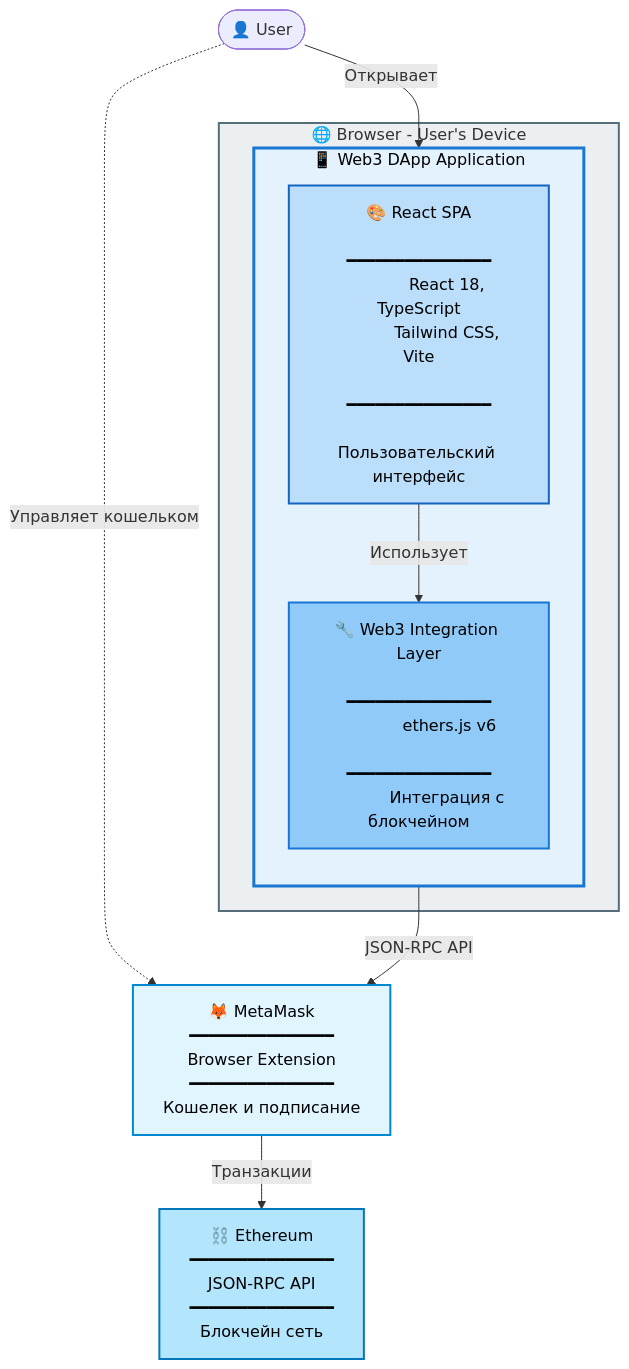
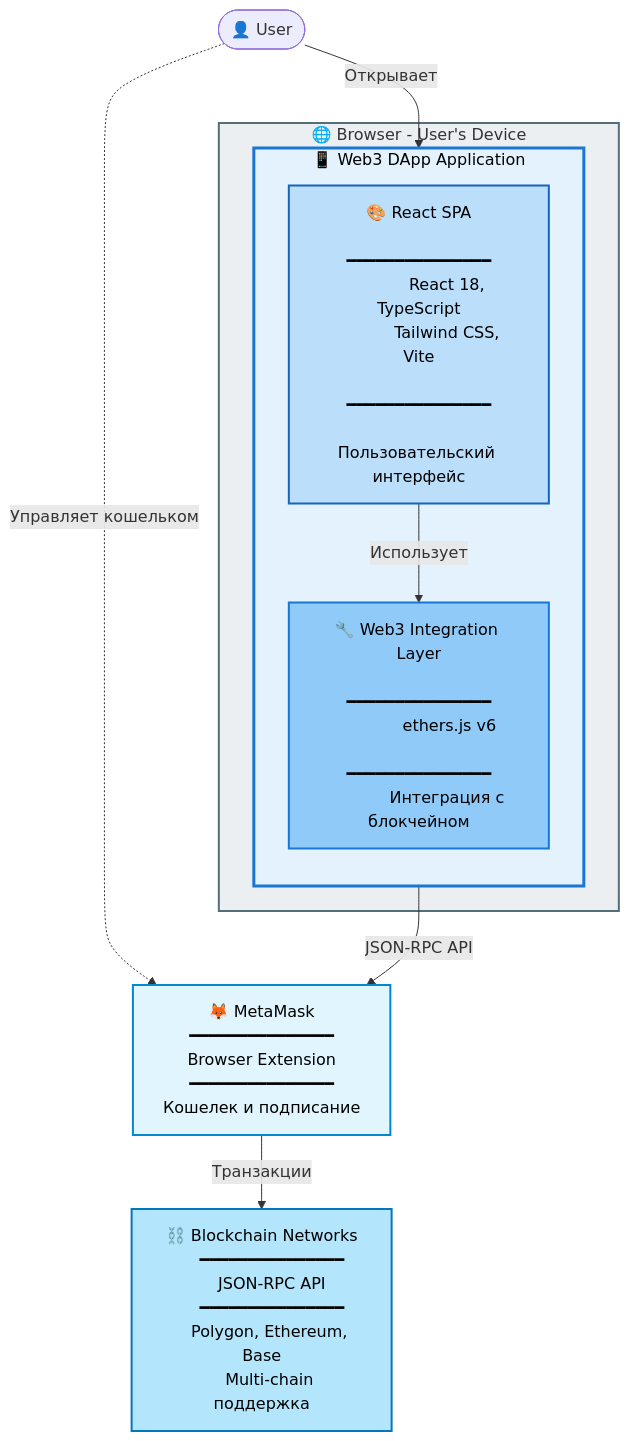
Before and after one commit to danealton/web3-simple-example: the first of 2 diagrams in docs/architecture/c4-diagrams/level-2-containers.md, drawn with Mermaid. The commit also changed other lines of this file and 7 other files, not shown here.

Commit message:
docs: add multi-chain support (ADR-003) - Polygon as recommended network

````diff
--- a/docs/architecture/c4-diagrams/level-2-containers.md
+++ b/docs/architecture/c4-diagrams/level-2-containers.md
@@ -15,51 +15,52 @@
 ```mermaid
 flowchart TB
     User([👤 User])
 
     subgraph browser[🌐 Browser - User's Device]
         subgraph app[📱 Web3 DApp Application]
             direction TB
 
             ui["🎨 React SPA
             ━━━━━━━━━━━━━━━
             React 18, TypeScript
             Tailwind CSS, Vite
             ━━━━━━━━━━━━━━━
             Пользовательский интерфейс"]
 
             web3["🔧 Web3 Integration Layer
             ━━━━━━━━━━━━━━━
             ethers.js v6
             ━━━━━━━━━━━━━━━
             Интеграция с блокчейном"]
         end
     end
 
     metamask["🦊 MetaMask
     ━━━━━━━━━━━━━━━
     Browser Extension
     ━━━━━━━━━━━━━━━
     Кошелек и подписание"]
 
-    ethereum["⛓️ Ethereum
+    blockchain["⛓️ Blockchain Networks
     ━━━━━━━━━━━━━━━
     JSON-RPC API
     ━━━━━━━━━━━━━━━
-    Блокчейн сеть"]
+    Polygon, Ethereum, Base
+    Multi-chain поддержка"]
 
     User -->|Открывает| app
     User -.->|Управляет кошельком| metamask
 
     ui -->|Использует| web3
 
     web3 -->|JSON-RPC API| metamask
 
-    metamask -->|Транзакции| ethereum
+    metamask -->|Транзакции| blockchain
 
     style browser fill:#eceff1,stroke:#546e7a,stroke-width:2px
     style app fill:#e3f2fd,stroke:#1976d2,stroke-width:3px,color:#000
     style ui fill:#bbdefb,stroke:#1565c0,stroke-width:2px,color:#000
     style web3 fill:#90caf9,stroke:#1976d2,stroke-width:2px,color:#000
     style metamask fill:#e1f5fe,stroke:#0288d1,stroke-width:2px,color:#000
-    style ethereum fill:#b3e5fc,stroke:#0277bd,stroke-width:2px,color:#000
+    style blockchain fill:#b3e5fc,stroke:#0277bd,stroke-width:2px,color:#000
 ```
````
